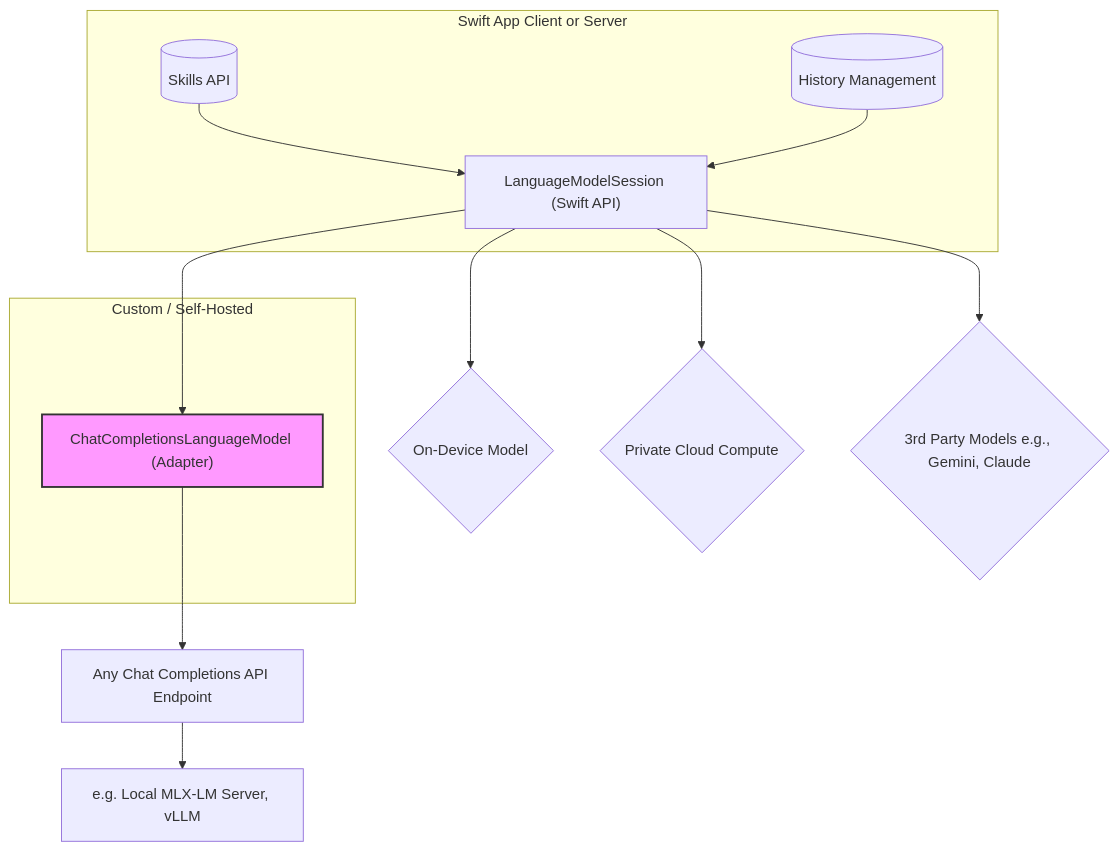
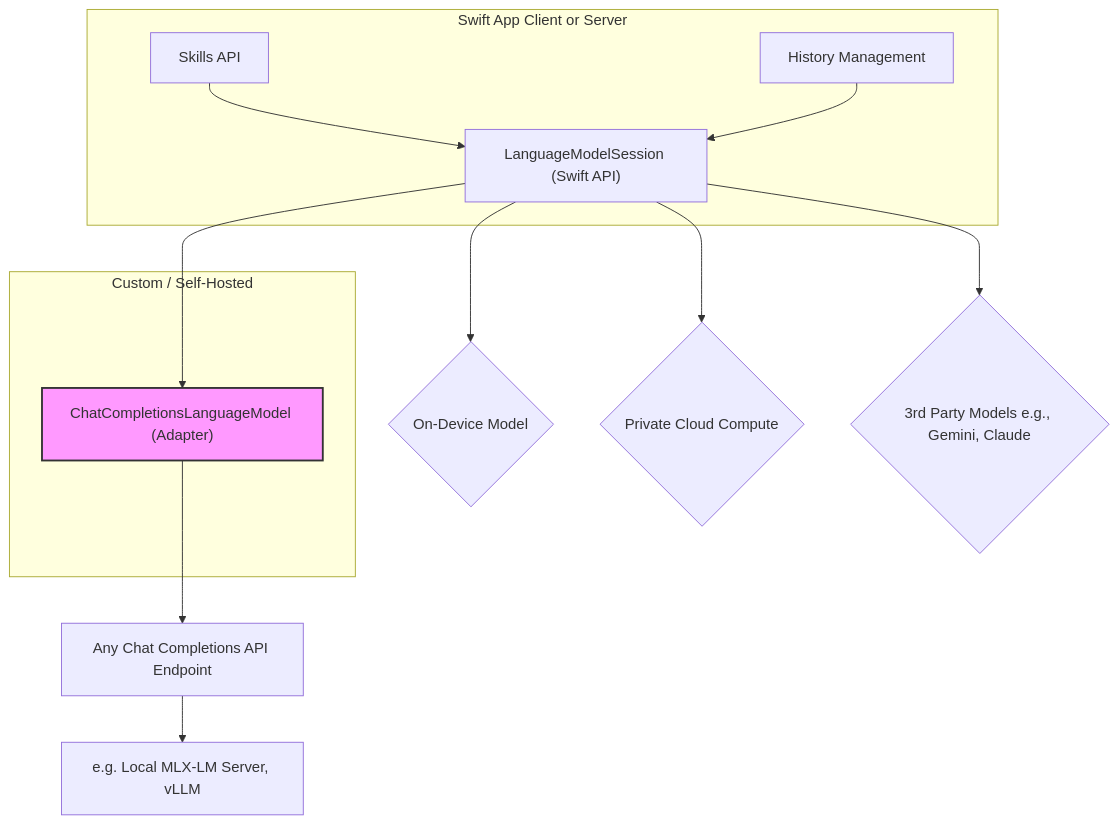
One commit to Mino777/ai-study changed the diagram in content/ios-ai/apple-foundation-models-open-source.mdx. Above: the diagram before and after it, drawn with Mermaid. The commit also changed 4 other files, not shown here.

First line of the commit message:
fix: Vercel 빌드 실패 수정 — Mermaid 노드 괄호 + 잘못된 콤마 결합 category

````diff
--- a/content/ios-ai/apple-foundation-models-open-source.mdx
+++ b/content/ios-ai/apple-foundation-models-open-source.mdx
@@ -88,22 +88,22 @@
 ```mermaid
 graph TD
     subgraph SwiftAppClientorServ["Swift App Client or Server"]
         A["LanguageModelSession (Swift API)"]
-        B[("Skills API")] --> A
-        C[("History Management")] --> A
+        B["Skills API"] --> A
+        C["History Management"] --> A
     end
 
     A --> D{"On-Device Model"}
     A --> E{"Private Cloud Compute"}
     A --> F{"3rd Party Models e.g., Gemini, Claude"}
     
     subgraph "Custom / Self-Hosted"
         G["ChatCompletionsLanguageModel (Adapter)"]
     end
 
     A --> G
     G --> H["Any Chat Completions API Endpoint"]
     H --> I["e.g. Local MLX-LM Server, vLLM"]
     
     style G fill:#f9f,stroke:#333,stroke-width:2px
 ```
````
